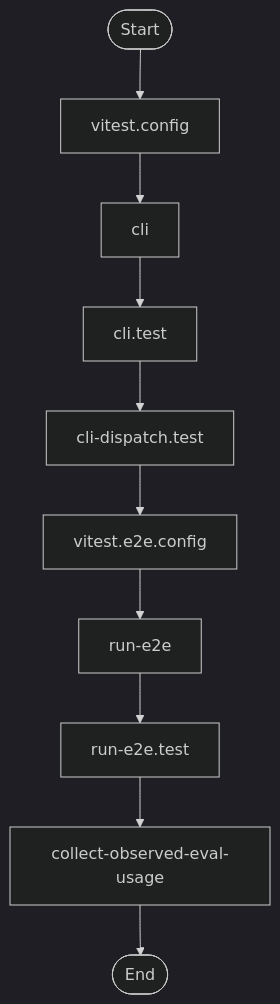
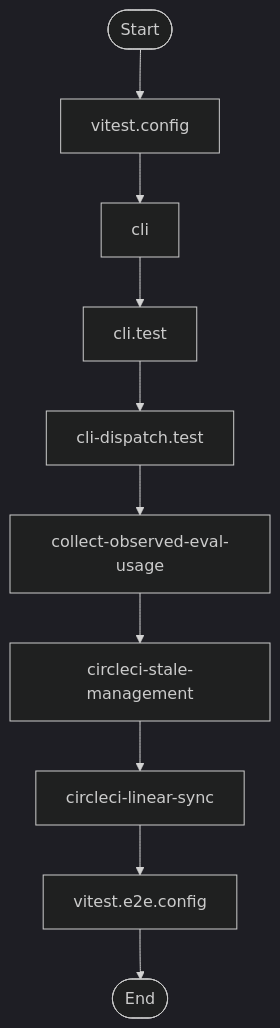
The tenth of 14 diagrams in AI/context/diagram-context.md (jscraik/coding-harness), drawn with Mermaid (dark theme) before and after one commit. The commit also changed other lines of this file and 200 other files, not shown here.

````diff
--- a/AI/context/diagram-context.md
+++ b/AI/context/diagram-context.md
@@ -1706,23 +1866,23 @@
 ```mermaid
 flowchart TD
   Start(["Start"])
   vitest_config_a9f1245e["vitest.config"]
   Start --> vitest_config_a9f1245e
   cli_99bb8840["cli"]
   vitest_config_a9f1245e --> cli_99bb8840
   cli_test_4851f28b["cli.test"]
   cli_99bb8840 --> cli_test_4851f28b
   cli_dispatch_test_54c9f17b["cli-dispatch.test"]
   cli_test_4851f28b --> cli_dispatch_test_54c9f17b
+  collect_observed_eval_usage_1724425c["collect-observed-eval-usage"]
+  cli_dispatch_test_54c9f17b --> collect_observed_eval_usage_1724425c
+  circleci_stale_management_664de1d9["circleci-stale-management"]
+  collect_observed_eval_usage_1724425c --> circleci_stale_management_664de1d9
+  circleci_linear_sync_19c0d6da["circleci-linear-sync"]
+  circleci_stale_management_664de1d9 --> circleci_linear_sync_19c0d6da
   vitest_e2e_config_4e2a61bc["vitest.e2e.config"]
-  cli_dispatch_test_54c9f17b --> vitest_e2e_config_4e2a61bc
-  run_e2e_39efe696["run-e2e"]
-  vitest_e2e_config_4e2a61bc --> run_e2e_39efe696
-  run_e2e_test_99011120["run-e2e.test"]
-  run_e2e_39efe696 --> run_e2e_test_99011120
-  collect_observed_eval_usage_1724425c["collect-observed-eval-usage"]
-  run_e2e_test_99011120 --> collect_observed_eval_usage_1724425c
+  circleci_linear_sync_19c0d6da --> vitest_e2e_config_4e2a61bc
   End(["End"])
-  collect_observed_eval_usage_1724425c --> End
+  vitest_e2e_config_4e2a61bc --> End
 
 ```
````
